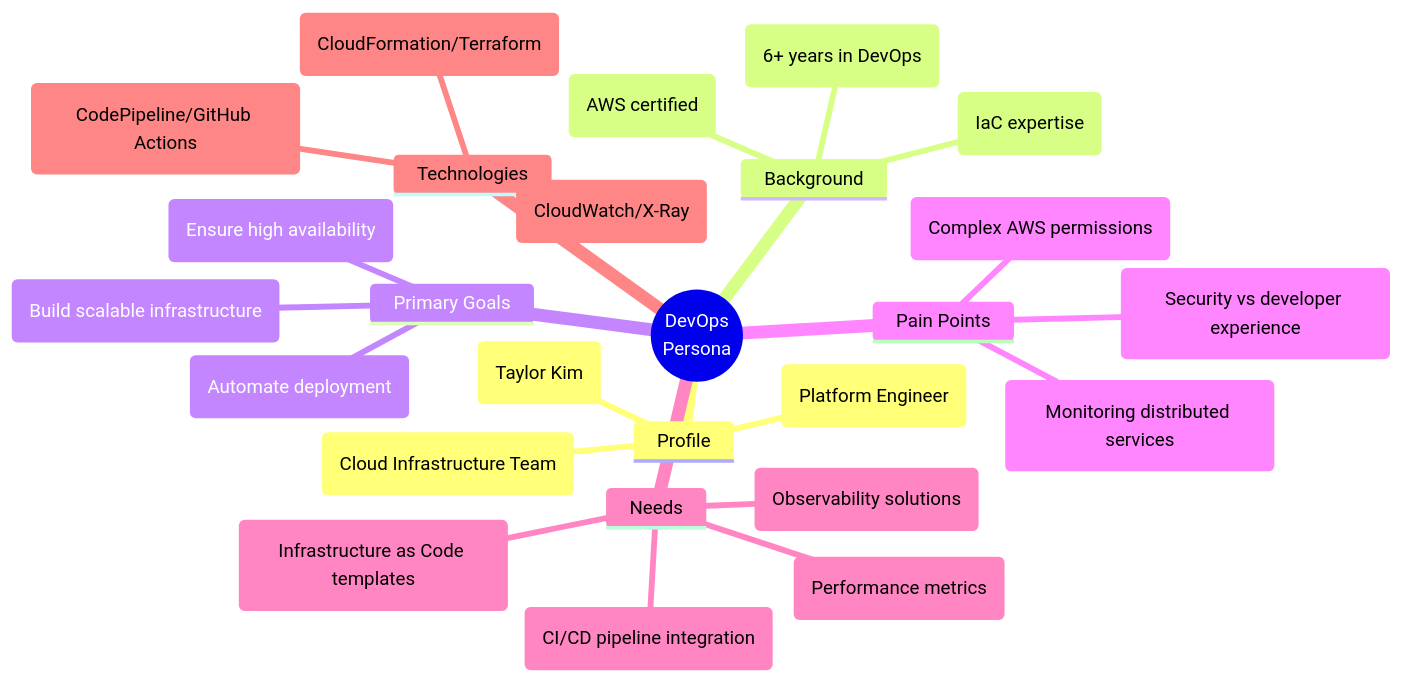
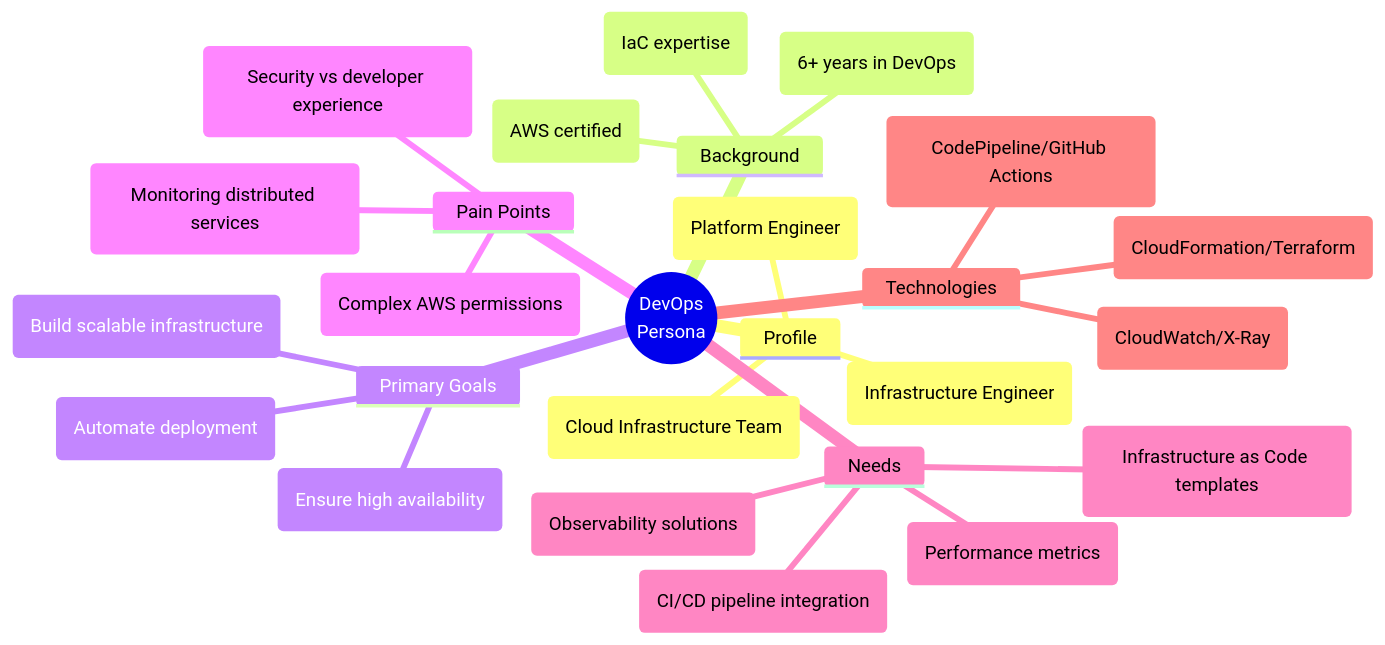
One commit to microbrewerGM/bedrock-arch changed the third of 3 diagrams in diagrams/developer-persona-diagram.md. Above: the diagram before and after it, drawn with Mermaid. The commit also changed other lines of this file and 8 other files, not shown here.

Commit message:
Update persona references to use generic role descriptions and improve diagram documentation with source references

````diff
--- a/diagrams/developer-persona-diagram.md
+++ b/diagrams/developer-persona-diagram.md
@@ -95,35 +97,35 @@
 ```mermaid
 mindmap
   root((DevOps<br>Persona))
     Profile
       ::icon(fa fa-id-card)
-      (Taylor Kim)
+      (Infrastructure Engineer)
       (Platform Engineer)
       (Cloud Infrastructure Team)
     Background
       ::icon(fa fa-graduation-cap)
       (6+ years in DevOps)
       (AWS certified)
       (IaC expertise)
     Primary Goals
       ::icon(fa fa-bullseye)
       (Build scalable infrastructure)
       (Automate deployment)
       (Ensure high availability)
     Pain Points
       ::icon(fa fa-exclamation-triangle)
       (Complex AWS permissions)
       (Security vs developer experience)
       (Monitoring distributed services)
     Needs
       ::icon(fa fa-puzzle-piece)
       (Infrastructure as Code templates)
       (Observability solutions)
       (Performance metrics)
       (CI/CD pipeline integration)
     Technologies
       ::icon(fa fa-wrench)
       (CloudFormation/Terraform)
       (CloudWatch/X-Ray)
       (CodePipeline/GitHub Actions)
 ```
````
